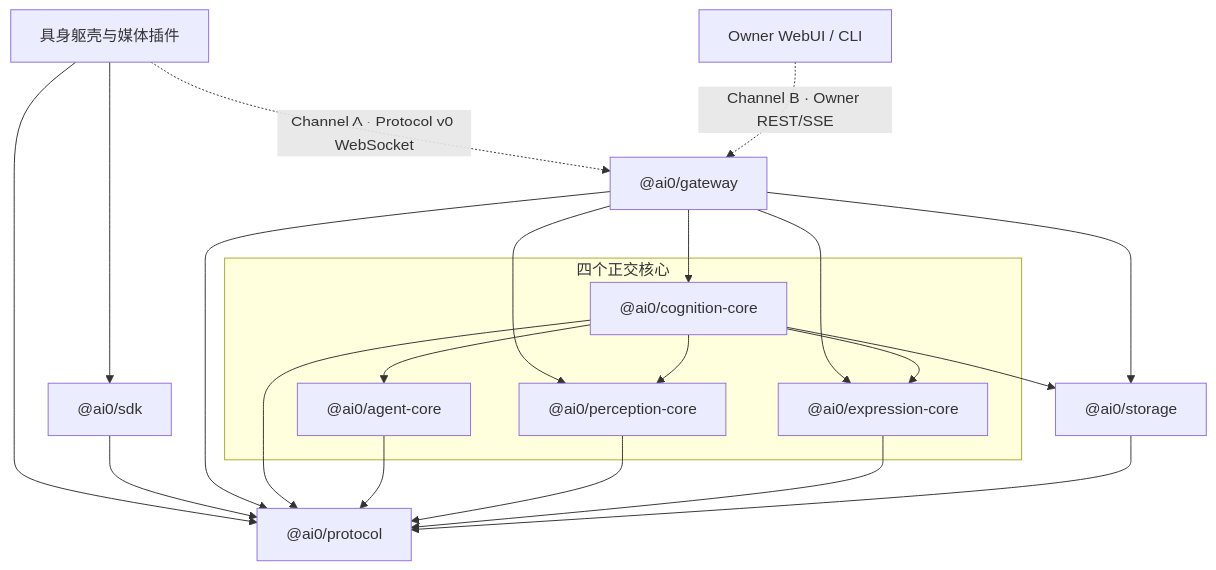
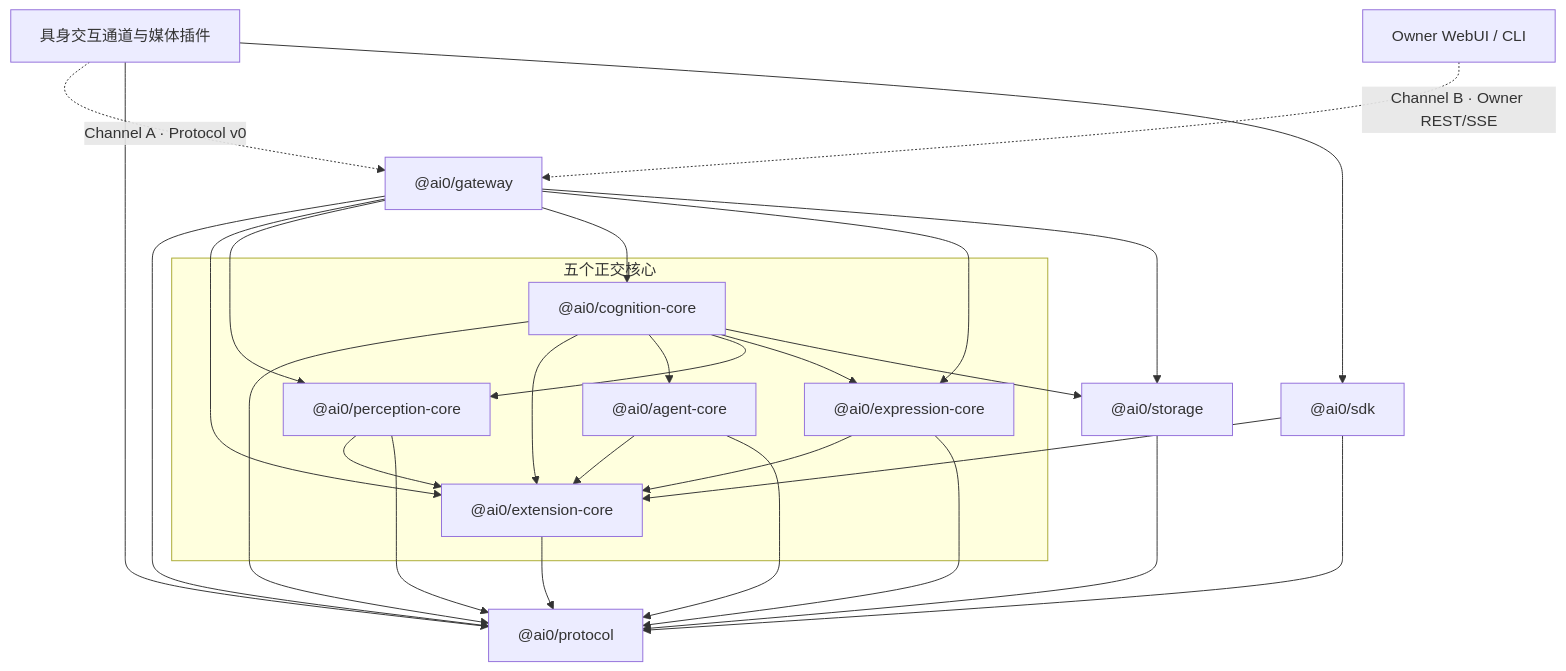
Before and after one commit to reina0721/ai0: the diagram in docs/architecture/01-system-overview-and-monorepo.md, drawn with Mermaid. The commit also changed other lines of this file and 212 other files, not shown here.

````diff
--- a/docs/architecture/01-system-overview-and-monorepo.md
+++ b/docs/architecture/01-system-overview-and-monorepo.md
@@ -9,22 +9,25 @@
 ```mermaid
 flowchart TB
-    Shell["具身躯壳与媒体插件"]
+    InteractionChannel["具身交互通道与媒体插件"]
     Admin["Owner WebUI / CLI"]
     Gateway["@ai0/gateway"]
     Protocol["@ai0/protocol"]
     Storage["@ai0/storage"]
     SDK["@ai0/sdk"]
-    subgraph Cores["四个正交核心"]
+    subgraph Cores["五个正交核心"]
+        Extension["@ai0/extension-core"]
         Agent["@ai0/agent-core"]
         Perception["@ai0/perception-core"]
         Cognition["@ai0/cognition-core"]
         Expression["@ai0/expression-core"]
     end
-    Shell -.->|"Channel A · Protocol v0 WebSocket"| Gateway
+    InteractionChannel -.->|"Channel A · Protocol v0"| Gateway
     Admin -.->|"Channel B · Owner REST/SSE"| Gateway
-    Shell --> Protocol & SDK
-    SDK --> Protocol
-    Gateway --> Protocol & Perception & Cognition & Expression & Storage
-    Cognition --> Protocol & Agent & Perception & Expression & Storage
+    InteractionChannel --> Protocol & SDK
+    SDK --> Protocol & Extension
+    Extension --> Protocol
+    Agent & Perception & Expression --> Extension
+    Gateway --> Protocol & Extension & Perception & Cognition & Expression & Storage
+    Cognition --> Protocol & Extension & Agent & Perception & Expression & Storage
     Agent & Perception & Expression & Storage --> Protocol
 ```
````
